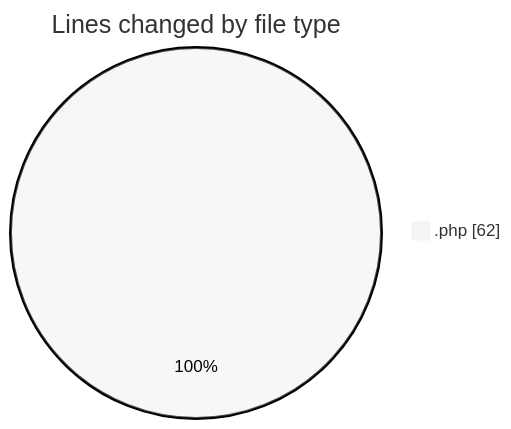
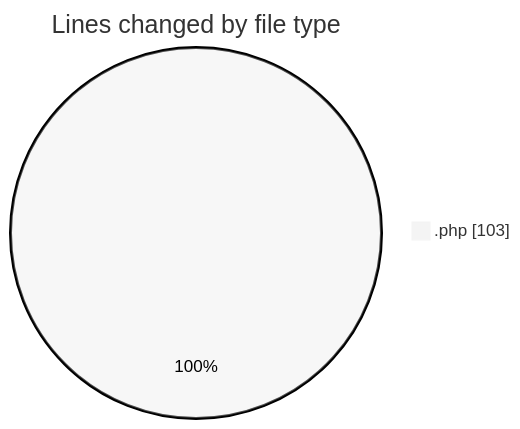
One commit to idhammustaqopulfikri/code-tracking changed the first of 2 diagrams in 2025-04-10/test/README.md. Above: the diagram before and after it, drawn with Mermaid (neutral theme). The commit also changed other lines of this file and 1 other file, not shown here.

````diff
--- a/2025-04-10/test/README.md
+++ b/2025-04-10/test/README.md
@@ -21,5 +22,5 @@
 ```mermaid
 pie showData
 title Lines changed by file type
-".php" : 62
+".php" : 103
 ```
````
